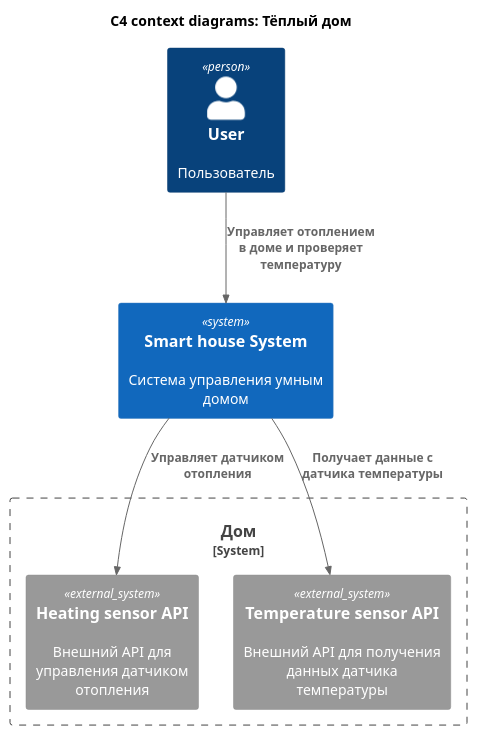
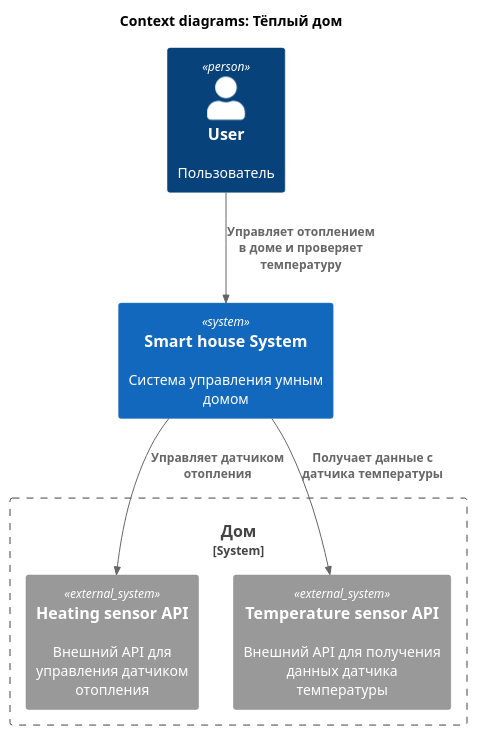
The diagram in C4_Diagrams/C4_Context_warm-house.puml (binom1982/Yandex-Practicum-architecture-pro-warmhouse), drawn with PlantUML before and after one commit. The commit also changed 4 other files, not shown here.

Commit message:
Создание диаграммы контейнеров

```diff
--- a/C4_Diagrams/C4_Context_warm-house.puml
+++ b/C4_Diagrams/C4_Context_warm-house.puml
@@ -1,21 +1,21 @@
 @startuml
 !include Templates/C4_Context.puml
-title "C4 context diagrams: Тёплый дом"
+title "Context diagrams: Тёплый дом"
 
 LAYOUT_TOP_DOWN()
 'LAYOUT_AS_SKETCH()
 
 Person(user, "User", "Пользователь")
 System(smart_house_system, "Smart house System ", "Система управления умным домом")
 
 System_Boundary(house, "Дом") {
     System_Ext(heating_sensor_api, "Heating sensor API", "Внешний API для управления датчиком отопления",)
     System_Ext(temperature_sensor_api, "Temperature sensor API", "Внешний API для получения данных датчика температуры",)
 }
 
 Rel(user, smart_house_system, "Управляет отоплением в доме и проверяет температуру")
 Rel(smart_house_system, heating_sensor_api, "Управляет датчиком отопления")
 Rel(smart_house_system, temperature_sensor_api, "Получает данные с датчика температуры")
 
 'SHOW_LEGEND()
 @enduml
```
